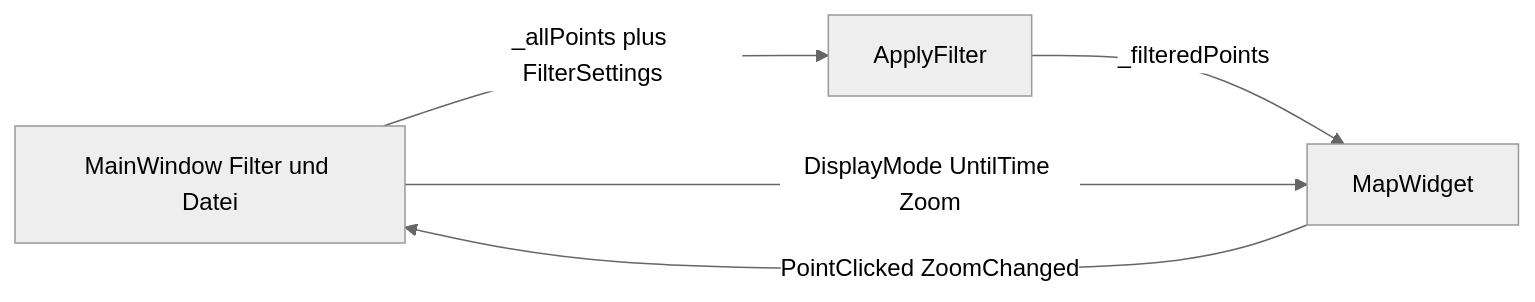
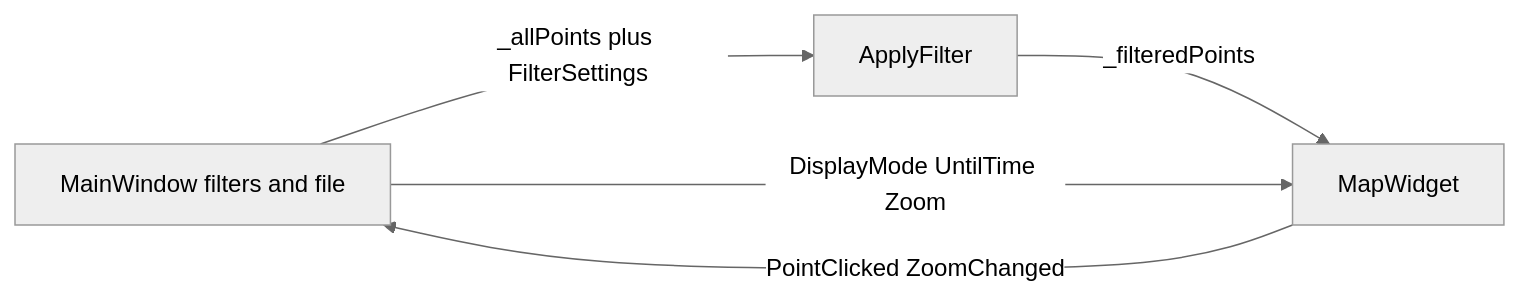
Before and after one commit to ViezTrinker/location-history-visualizer: the diagram in doc/ui.md, drawn with Mermaid (neutral theme). The commit also changed other lines of this file and 5 other files, not shown here.

````diff
--- a/doc/ui.md
+++ b/doc/ui.md
@@ -43,10 +43,10 @@
 ```mermaid
 flowchart LR
-  ui[MainWindow Filter und Datei]
+  ui[MainWindow filters and file]
   coreFilter[ApplyFilter]
   map[MapWidget]
   ui -->|"_allPoints plus FilterSettings"| coreFilter
   coreFilter -->|"_filteredPoints"| map
   ui -->|DisplayMode UntilTime Zoom| map
   map -->|PointClicked ZoomChanged| ui
 ```
````
